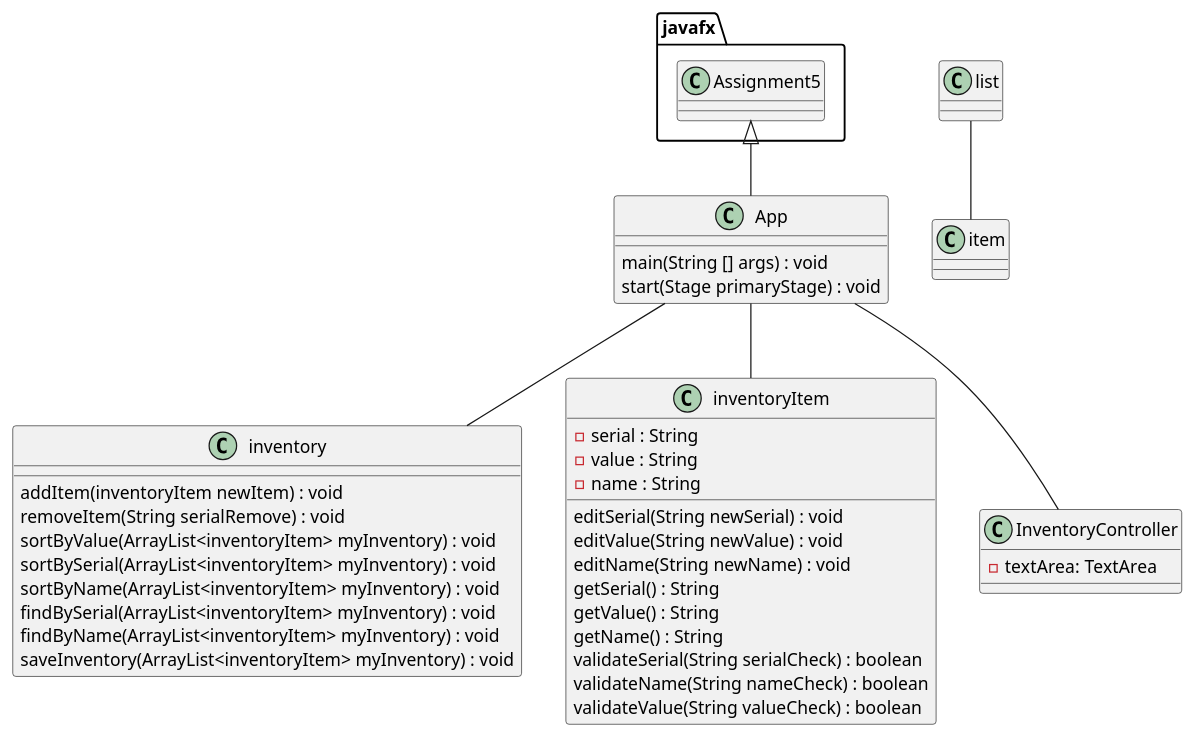
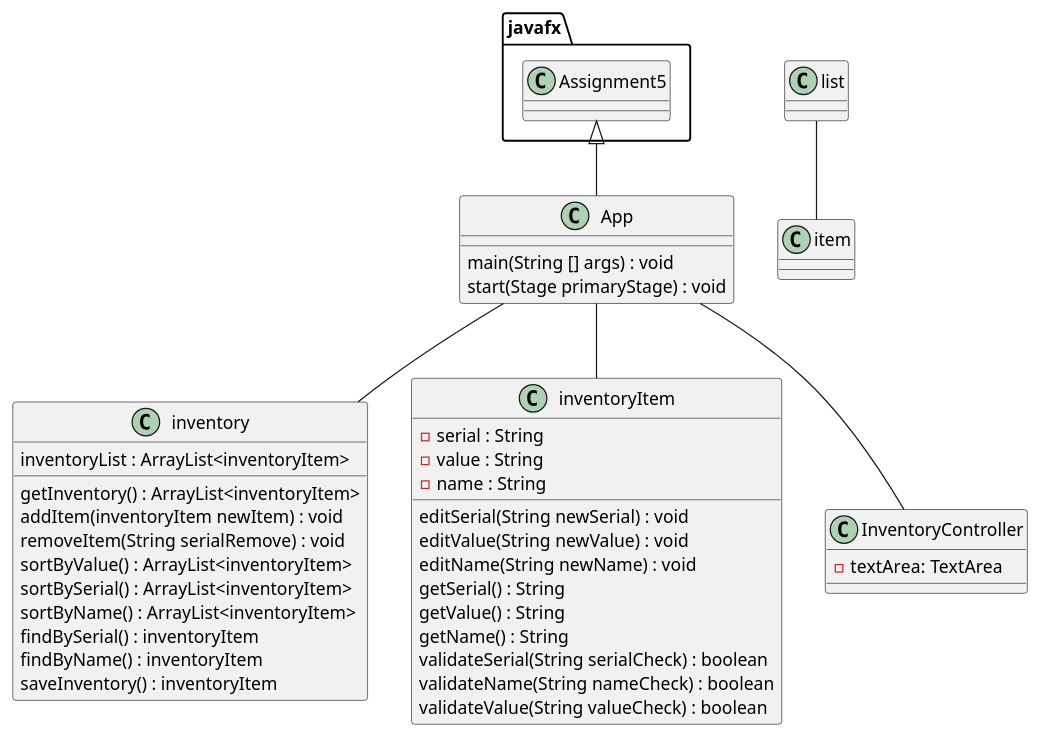
Before and after one commit to JayEspinoza/espinoza-2278-a5: the diagram in uml/App.puml, drawn with PlantUML. The commit also changed 2 other files, not shown here.

Commit message:
Fourth Commit inventory class updates: sorts done, getInventoryList added PUML diagram updated

```diff
--- a/uml/App.puml
+++ b/uml/App.puml
@@ -1,55 +1,58 @@
 @startuml
 'https://plantuml.com/class-diagram
 
 class App
 class inventory
 class inventoryItem
 class InventoryController
 
 javafx.Assignment5 <|-- App
 
 App -- inventory
 App -- inventoryItem
 App -- InventoryController
 
 list -- item
 
 class App {
 main(String [] args) : void
 start(Stage primaryStage) : void
 }
 
 
 class inventory {
+inventoryList : ArrayList<inventoryItem>
+
+getInventory() : ArrayList<inventoryItem>
 addItem(inventoryItem newItem) : void
 removeItem(String serialRemove) : void
-sortByValue(ArrayList<inventoryItem> myInventory) : void
-sortBySerial(ArrayList<inventoryItem> myInventory) : void
-sortByName(ArrayList<inventoryItem> myInventory) : void
-findBySerial(ArrayList<inventoryItem> myInventory) : void
-findByName(ArrayList<inventoryItem> myInventory) : void
-saveInventory(ArrayList<inventoryItem> myInventory) : void
+sortByValue() : ArrayList<inventoryItem>
+sortBySerial() : ArrayList<inventoryItem>
+sortByName() : ArrayList<inventoryItem>
+findBySerial() : inventoryItem
+findByName() : inventoryItem
+saveInventory() : inventoryItem
 }
 
 class inventoryItem {
 - serial : String
 - value : String
 - name : String
 
 editSerial(String newSerial) : void
 editValue(String newValue) : void
 editName(String newName) : void
 getSerial() : String
 getValue() : String
 getName() : String
 validateSerial(String serialCheck) : boolean
 validateName(String nameCheck) : boolean
 validateValue(String valueCheck) : boolean
 }
 
 class InventoryController {
 - textArea: TextArea
 
 }
 
 @enduml
```
